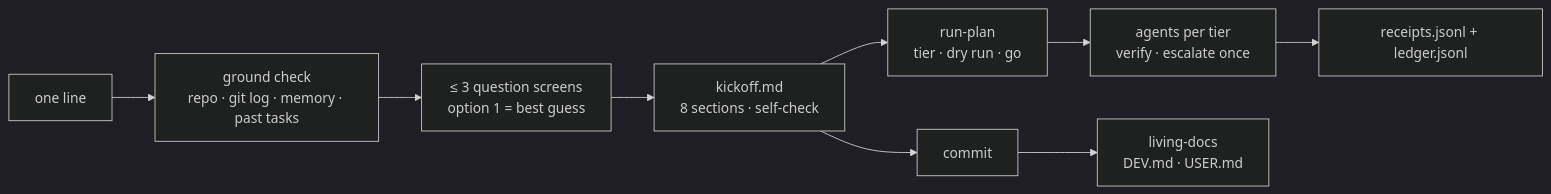
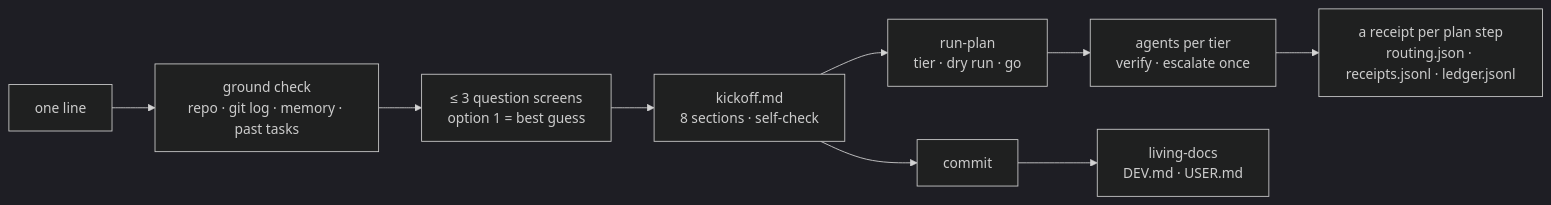
Before and after one commit to justyk99/smartuse: the diagram in README.md, drawn with Mermaid (dark theme). The commit also changed other lines of this file and 35 other files, not shown here.

First line of the commit message:
smartuse 0.3.0: a receipt per plan step

````diff
--- a/README.md
+++ b/README.md
@@ -36,10 +37,10 @@
 ```mermaid
 flowchart LR
   A[one line] --> B[ground check<br/>repo · git log · memory · past tasks]
   B --> C[≤ 3 question screens<br/>option 1 = best guess]
   C --> D[kickoff.md<br/>8 sections · self-check]
   D --> E[run-plan<br/>tier · dry run · go]
   E --> F[agents per tier<br/>verify · escalate once]
-  F --> G[receipts.jsonl + ledger.jsonl]
+  F --> G[a receipt per plan step<br/>routing.json · receipts.jsonl · ledger.jsonl]
   D --> H[commit] --> I[living-docs<br/>DEV.md · USER.md]
 ```
````
